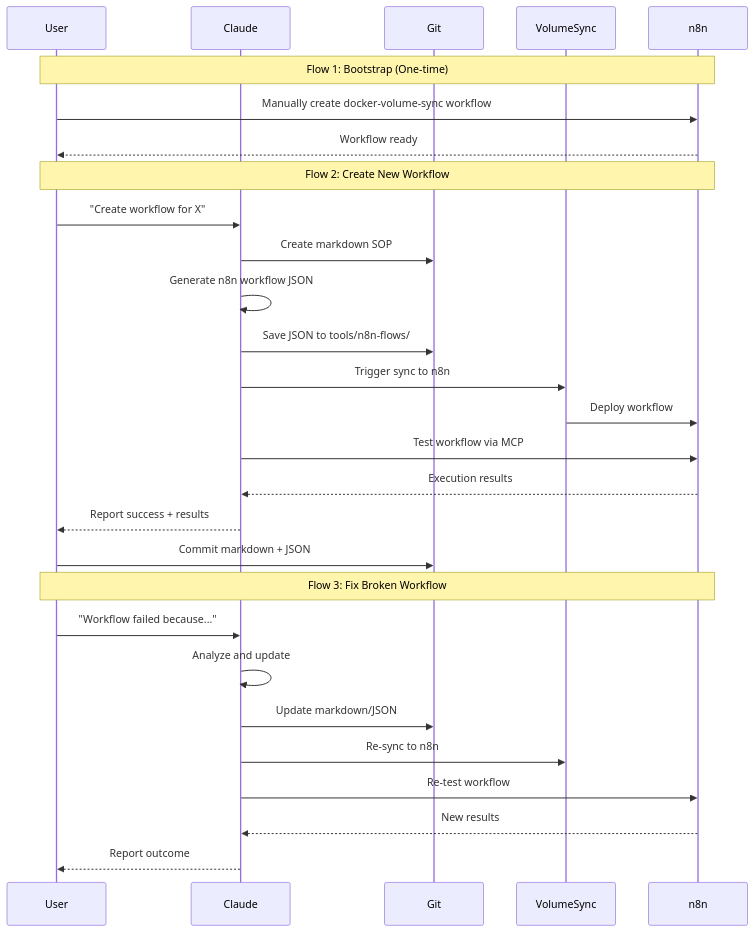
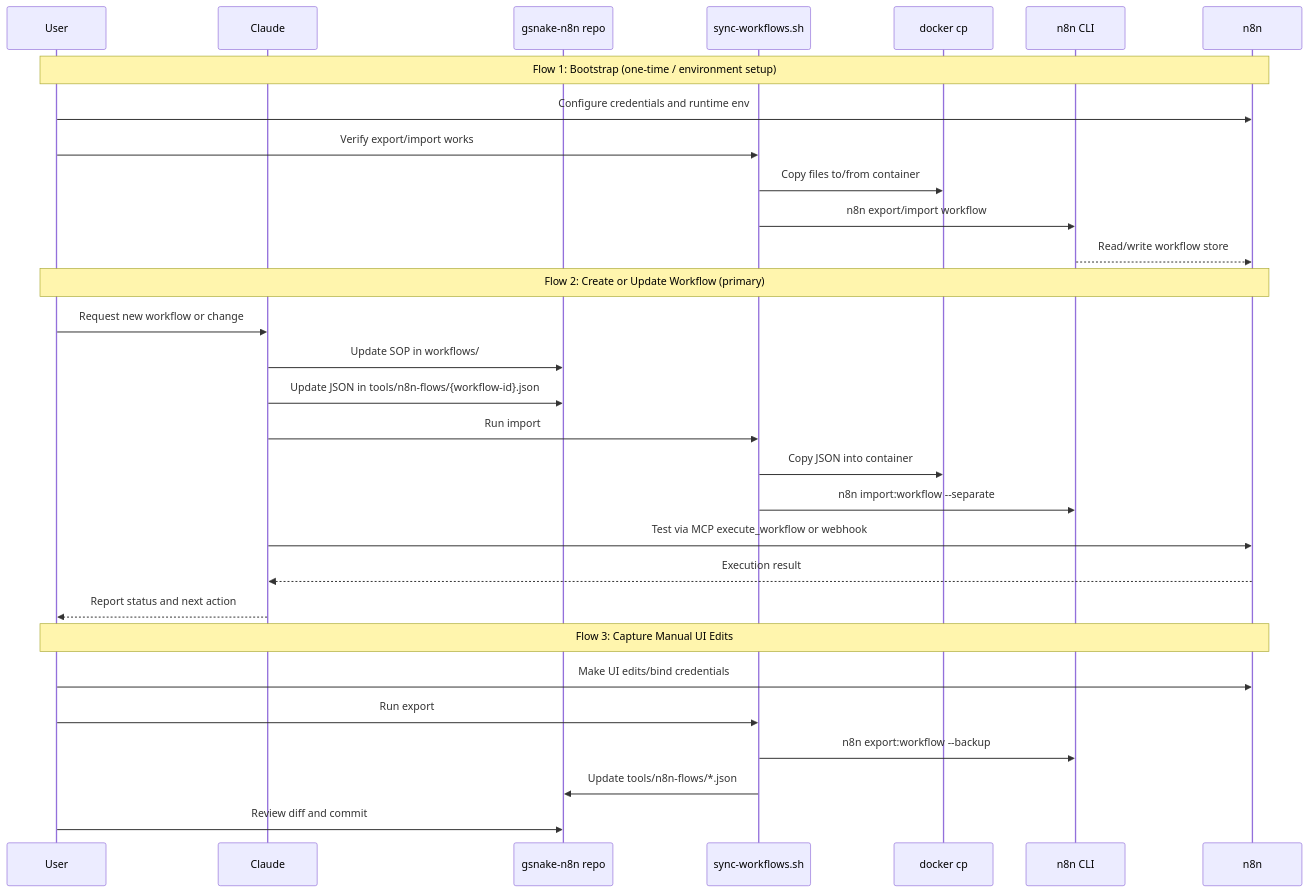
The diagram in n8n/flows.md (NNTin/gsnake-specs), drawn with Mermaid before and after one commit. The commit also changed other lines of this file and 6 other files, not shown here.

Commit message:
updating specs with n8n decision of using n8n cli instead of docker volume sync

````diff
--- a/n8n/flows.md
+++ b/n8n/flows.md
@@ -5,33 +5,35 @@
 ```mermaid
 sequenceDiagram
     participant User
     participant Claude
-    participant Git
-    participant VolumeSync
+    participant Git as gsnake-n8n repo
+    participant Script as sync-workflows.sh
+    participant Docker as docker cp
+    participant CLI as n8n CLI
     participant n8n
 
-    Note over User,n8n: Flow 1: Bootstrap (One-time)
-    User->>n8n: Manually create docker-volume-sync workflow
-    n8n-->>User: Workflow ready
+    Note over User,n8n: Flow 1: Bootstrap (one-time / environment setup)
+    User->>n8n: Configure credentials and runtime env
+    User->>Script: Verify export/import works
+    Script->>Docker: Copy files to/from container
+    Script->>CLI: n8n export/import workflow
+    CLI-->>n8n: Read/write workflow store
 
-    Note over User,n8n: Flow 2: Create New Workflow
-    User->>Claude: "Create workflow for X"
-    Claude->>Git: Create markdown SOP
-    Claude->>Claude: Generate n8n workflow JSON
-    Claude->>Git: Save JSON to tools/n8n-flows/
-    Claude->>VolumeSync: Trigger sync to n8n
-    VolumeSync->>n8n: Deploy workflow
-    Claude->>n8n: Test workflow via MCP
-    n8n-->>Claude: Execution results
-    Claude-->>User: Report success + results
-    User->>Git: Commit markdown + JSON
+    Note over User,n8n: Flow 2: Create or Update Workflow (primary)
+    User->>Claude: Request new workflow or change
+    Claude->>Git: Update SOP in workflows/
+    Claude->>Git: Update JSON in tools/n8n-flows/{workflow-id}.json
+    Claude->>Script: Run import
+    Script->>Docker: Copy JSON into container
+    Script->>CLI: n8n import:workflow --separate
+    Claude->>n8n: Test via MCP execute_workflow or webhook
+    n8n-->>Claude: Execution result
+    Claude-->>User: Report status and next action
 
-    Note over User,n8n: Flow 3: Fix Broken Workflow
-    User->>Claude: "Workflow failed because..."
-    Claude->>Claude: Analyze and update
-    Claude->>Git: Update markdown/JSON
-    Claude->>VolumeSync: Re-sync to n8n
-    Claude->>n8n: Re-test workflow
-    n8n-->>Claude: New results
-    Claude-->>User: Report outcome
+    Note over User,n8n: Flow 3: Capture Manual UI Edits
+    User->>n8n: Make UI edits/bind credentials
+    User->>Script: Run export
+    Script->>CLI: n8n export:workflow --backup
+    Script->>Git: Update tools/n8n-flows/*.json
+    User->>Git: Review diff and commit
 ```
````
